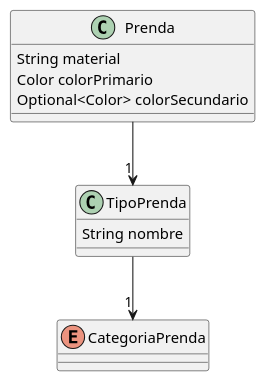
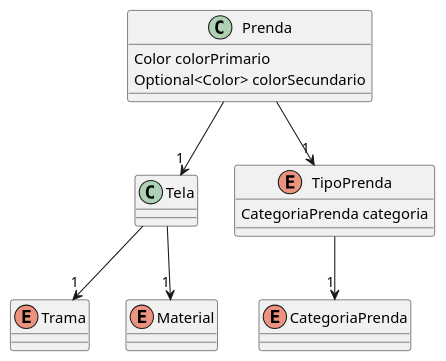
The diagram in qmp_diagrama.puml (MarcoPiatti/qmp), drawn with PlantUML before and after one commit. The commit also changed 7 other files, not shown here.

```diff
--- a/qmp_diagrama.puml
+++ b/qmp_diagrama.puml
@@ -1,19 +1,28 @@
 @startuml qmp_diagrama
 
 class Prenda {
-    String material
     Color colorPrimario
     Optional<Color> colorSecundario
 }
 
-class TipoPrenda {
-    String nombre
+class Tela
+
+Prenda --> "1" Tela
+
+enum Trama
+enum Material
+
+Tela --> "1" Trama
+Tela --> "1" Material
+
+enum TipoPrenda {
+    CategoriaPrenda categoria
 }
 
 Prenda --> "1" TipoPrenda
 
 enum CategoriaPrenda
 
 TipoPrenda --> "1" CategoriaPrenda
 
 @enduml
```
